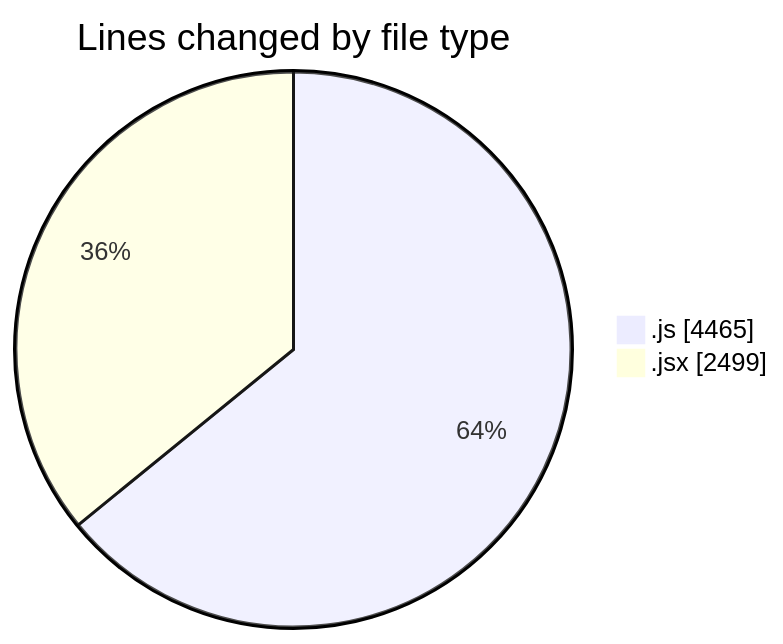
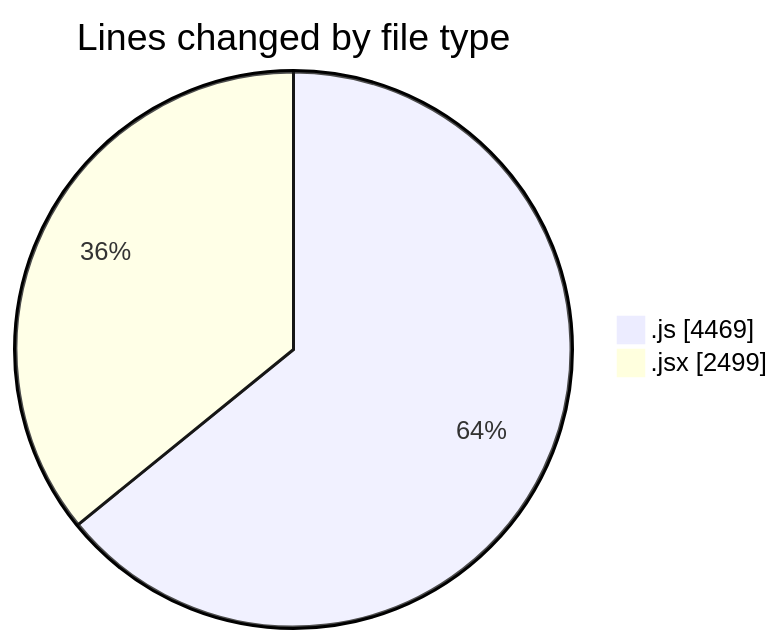
The first of 2 diagrams in 2025-08-13/nxtqube_webapp/README.md (nxtqubesakshisongat/code-tracking), drawn with Mermaid before and after one commit. The commit also changed other lines of this file and 1 other file, not shown here.

````diff
--- a/2025-08-13/nxtqube_webapp/README.md
+++ b/2025-08-13/nxtqube_webapp/README.md
@@ -26,6 +26,6 @@
 ```mermaid
 pie showData
 title Lines changed by file type
-".js" : 4465
+".js" : 4469
 ".jsx" : 2499
 ```
````
